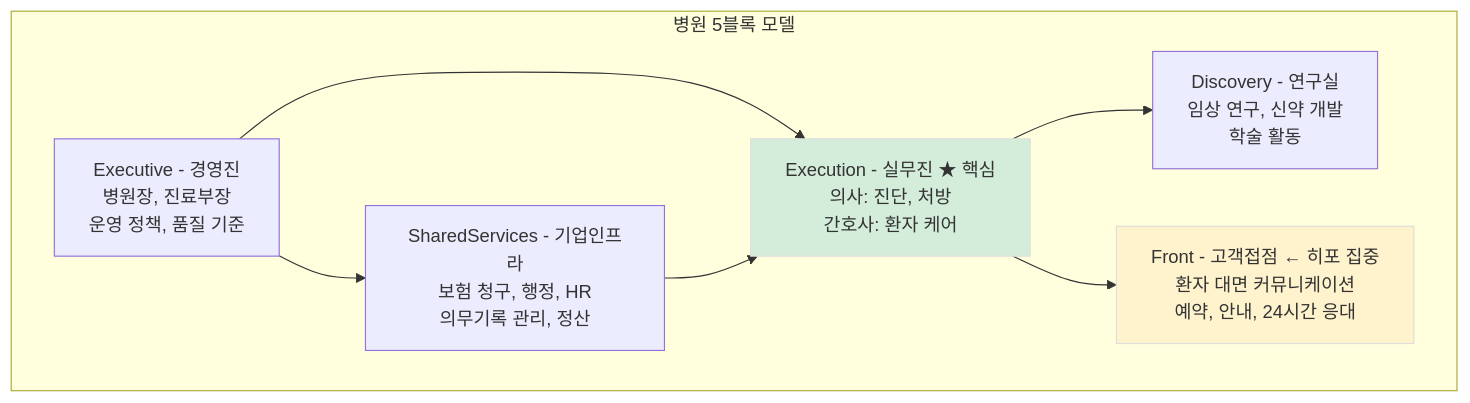
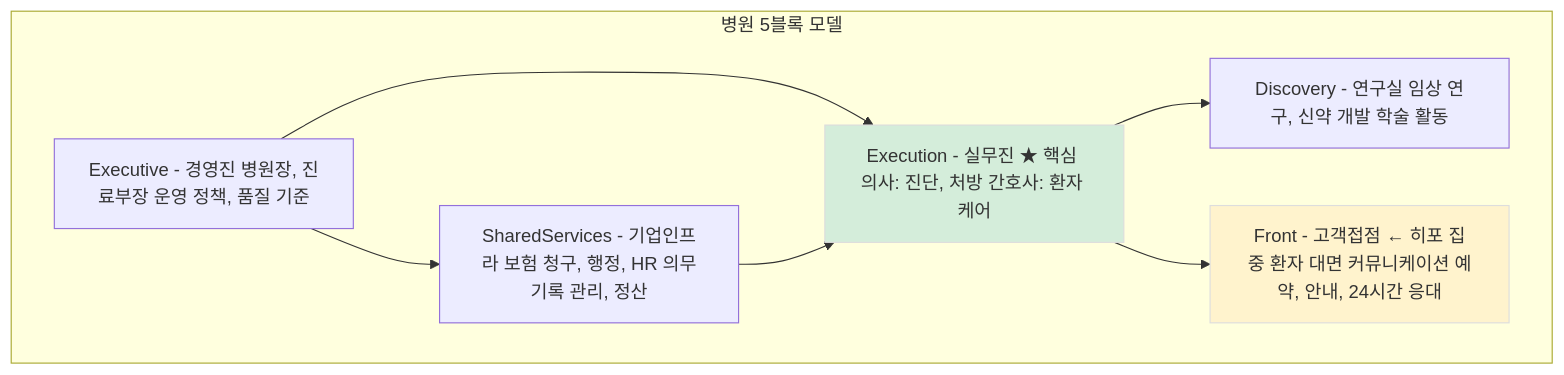
Before and after one commit to Kanghyeop/pages-book-agent101: the first of 5 diagrams in 03-agent/34-execution.md, drawn with Mermaid. The commit also changed other lines of this file and 48 other files, not shown here.

First line of the commit message:
fix: Mermaid 렌더링 + SVG 경로 수정

````diff
--- a/03-agent/34-execution.md
+++ b/03-agent/34-execution.md
@@ -65,19 +65,19 @@
 ```mermaid
 flowchart TB
     subgraph Hospital[병원 5블록 모델]
-        E[Executive - 경영진<br/>병원장, 진료부장<br/>운영 정책, 품질 기준]
-        SS[SharedServices - 기업인프라<br/>보험 청구, 행정, HR<br/>의무기록 관리, 정산]
-        EX["Execution - 실무진 ★ 핵심<br/>의사: 진단, 처방<br/>간호사: 환자 케어"]
-        D["Discovery - 연구실<br/>임상 연구, 신약 개발<br/>학술 활동"]
-        F["Front - 고객접점 ← 히포 집중<br/>환자 대면 커뮤니케이션<br/>예약, 안내, 24시간 응대"]
+        E[Executive - 경영진 병원장, 진료부장 운영 정책, 품질 기준]
+        SS[SharedServices - 기업인프라 보험 청구, 행정, HR 의무기록 관리, 정산]
+        EX["Execution - 실무진 ★ 핵심 의사: 진단, 처방 간호사: 환자 케어"]
+        D["Discovery - 연구실 임상 연구, 신약 개발 학술 활동"]
+        F["Front - 고객접점 ← 히포 집중 환자 대면 커뮤니케이션 예약, 안내, 24시간 응대"]
     end
 
     E --> SS
     E --> EX
     SS --> EX
     EX --> D
     EX --> F
 
     style EX fill:#D4EDDA,stroke:#DDDDDD
     style F fill:#FFF3CD,stroke:#DDDDDD
 ```
````
